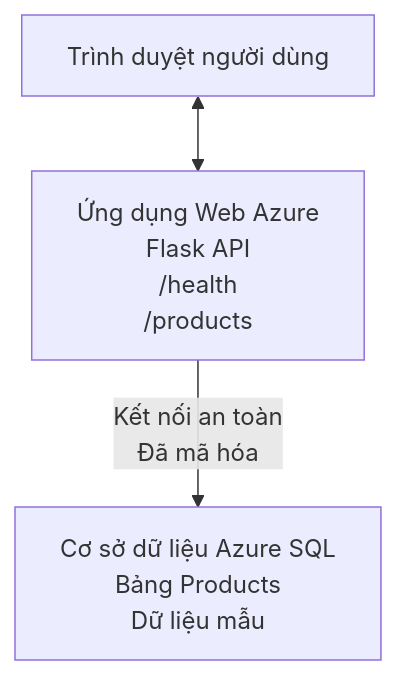
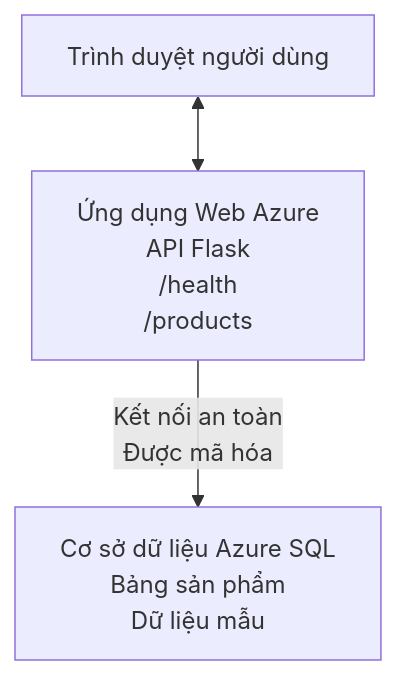
One commit to microsoft/AZD-for-beginners changed the diagram in translations/vi/examples/database-app/README.md. Above: the diagram before and after it, drawn with Mermaid. The commit also changed other lines of this file and 104 other files, not shown here.

````diff
--- a/translations/vi/examples/database-app/README.md
+++ b/translations/vi/examples/database-app/README.md
@@ -72,5 +72,5 @@
 ```mermaid
 graph TD
-    Browser[Trình duyệt người dùng] <--> WebApp[Ứng dụng Web Azure<br/>Flask API<br/>/health<br/>/products]
-    WebApp -- Kết nối an toàn<br/>Đã mã hóa --> SQL[Cơ sở dữ liệu Azure SQL<br/>Bảng Products<br/>Dữ liệu mẫu]
+    Browser[Trình duyệt người dùng] <--> WebApp[Ứng dụng Web Azure<br/>API Flask<br/>/health<br/>/products]
+    WebApp -- Kết nối an toàn<br/>Được mã hóa --> SQL[Cơ sở dữ liệu Azure SQL<br/>Bảng sản phẩm<br/>Dữ liệu mẫu]
 ```
````
